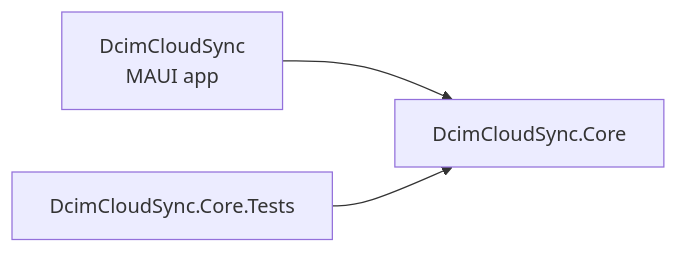
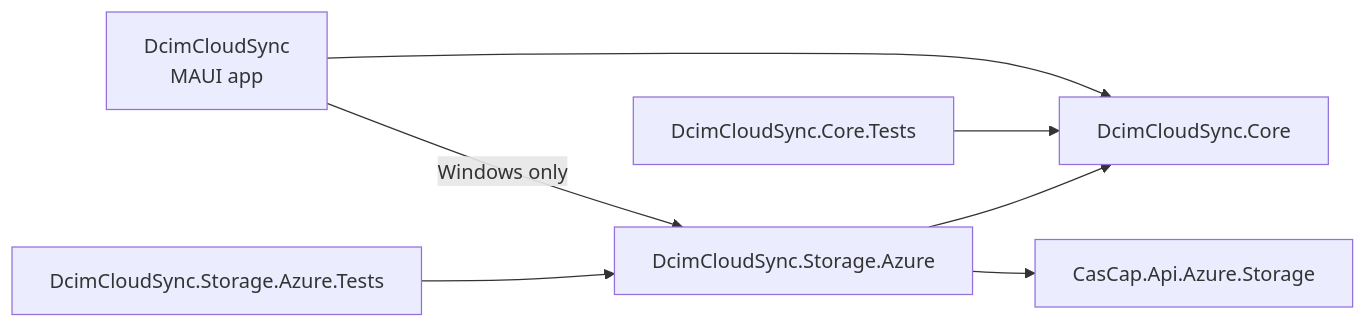
One commit to f2calv/android-dcim-cloud-sync changed the diagram in README.md. Above: the diagram before and after it, drawn with Mermaid. The commit also changed other lines of this file and 36 other files, not shown here.

First line of the commit message:
feat: back up media to Azure Blob Storage from the Windows target

````diff
--- a/README.md
+++ b/README.md
@@ -26,5 +33,9 @@
 ```mermaid
 graph LR
     App[DcimCloudSync<br/>MAUI app] --> Core[DcimCloudSync.Core]
-    Tests[DcimCloudSync.Core.Tests] --> Core
+    App -- Windows only --> Azure[DcimCloudSync.Storage.Azure]
+    Azure --> Core
+    Azure --> Lib[CasCap.Api.Azure.Storage]
+    CoreTests[DcimCloudSync.Core.Tests] --> Core
+    AzureTests[DcimCloudSync.Storage.Azure.Tests] --> Azure
 ```
````
